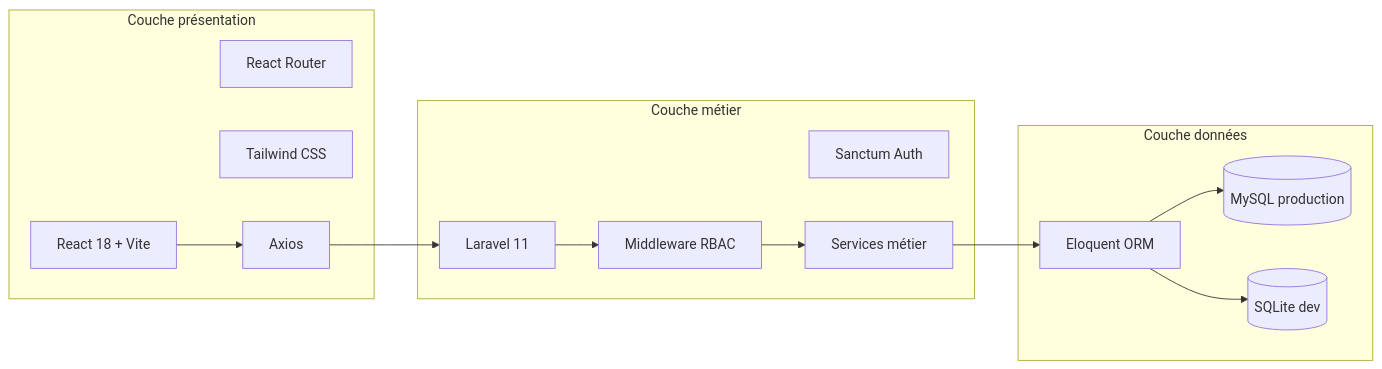
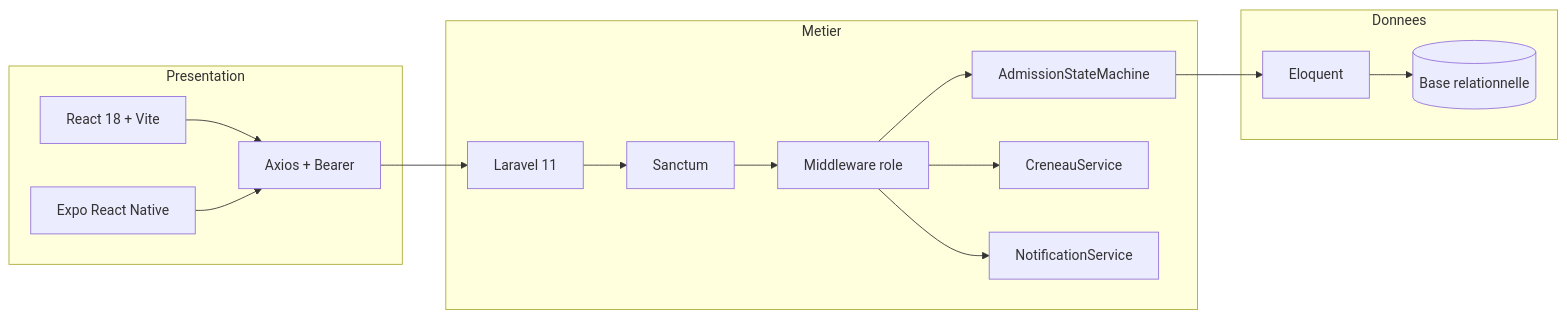
One commit to Exauce09/TFC-ENGWELE changed the fourth of 9 diagrams in docs/CHAPITRE_3_ANALYSE_CONCEPTION.md. Above: the diagram before and after it, drawn with Mermaid. The commit also changed other lines of this file and 87 other files, not shown here.

````diff
--- a/docs/CHAPITRE_3_ANALYSE_CONCEPTION.md
+++ b/docs/CHAPITRE_3_ANALYSE_CONCEPTION.md
@@ -232,24 +296,27 @@
 ```mermaid
 flowchart LR
-    subgraph Presentation["Couche présentation"]
-        R[React 18 + Vite]
-        RR[React Router]
-        TW[Tailwind CSS]
-        AX[Axios]
-    end
-    subgraph Metier["Couche métier"]
-        LC[Laravel 11]
-        SAN[Sanctum Auth]
-        MW[Middleware RBAC]
-        SVC[Services métier]
-    end
-    subgraph Donnees["Couche données"]
-        ELO[Eloquent ORM]
-        MY[(MySQL production)]
-        SQL[(SQLite dev)]
-    end
-    R --> AX --> LC
-    LC --> MW --> SVC --> ELO
-    ELO --> MY
-    ELO --> SQL
+  subgraph Presentation
+    R[React 18 + Vite]
+    E[Expo React Native]
+    AX[Axios + Bearer]
+  end
+  subgraph Metier
+    L[Laravel 11]
+    S[Sanctum]
+    RBAC[Middleware role]
+    SM[AdmissionStateMachine]
+    CR[CreneauService]
+    NS[NotificationService]
+  end
+  subgraph Donnees
+    ORM[Eloquent]
+    DB[(Base relationnelle)]
+  end
+  R --> AX
+  E --> AX
+  AX --> L
+  L --> S --> RBAC --> SM
+  RBAC --> CR
+  RBAC --> NS
+  SM --> ORM --> DB
 ```
````
